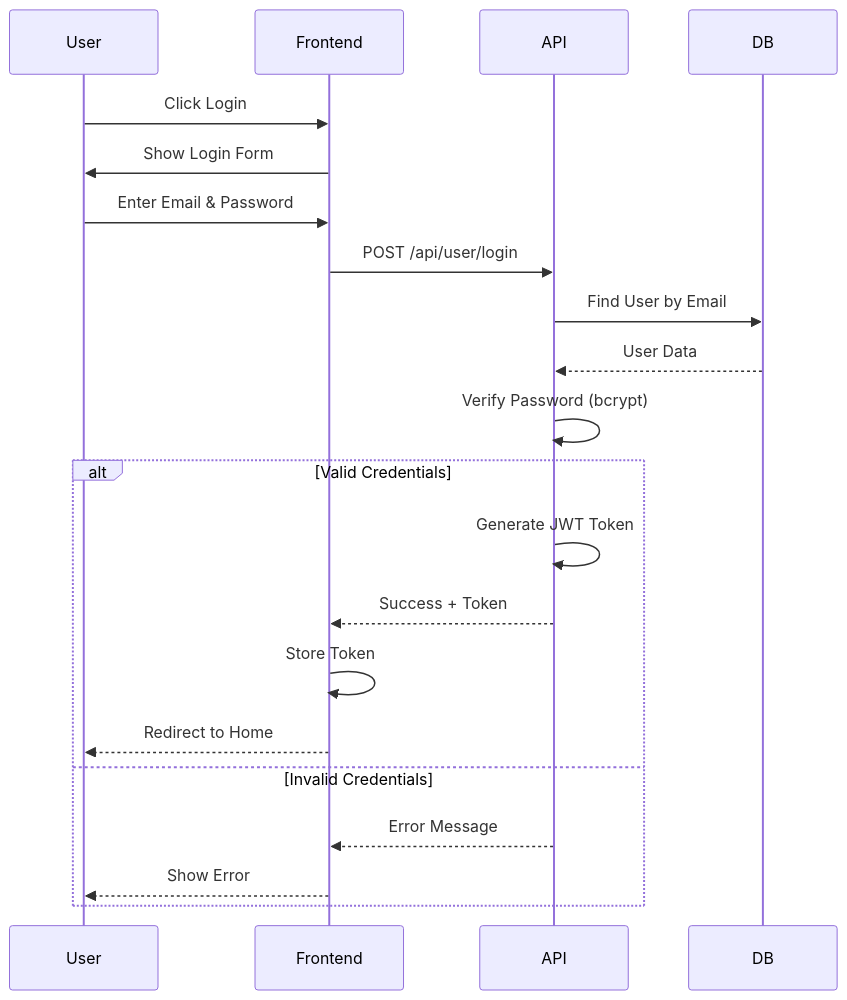
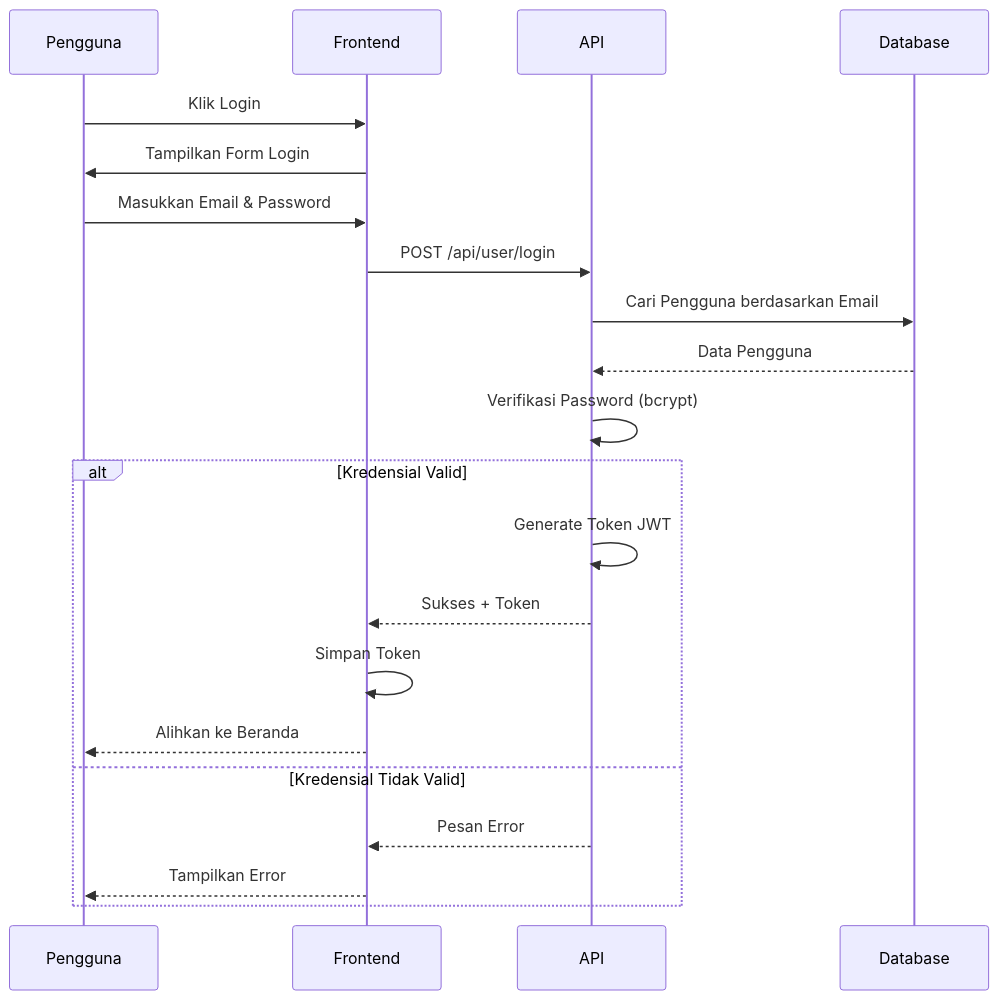
One commit to Grinti123/gerai-ayra-fullstack changed the first of 6 diagrams in sequence-diagram.md. Above: the diagram before and after it, drawn with Mermaid. The commit also changed other lines of this file, not shown here.

Commit message:
update sequence

````diff
--- a/sequence-diagram.md
+++ b/sequence-diagram.md
@@ -4,24 +4,24 @@
 ```mermaid
 sequenceDiagram
-    participant User
+    participant User as Pengguna
     participant Frontend
     participant API
-    participant DB
+    participant DB as Database
 
-    User->>Frontend: Click Login
-    Frontend->>User: Show Login Form
-    User->>Frontend: Enter Email & Password
+    User->>Frontend: Klik Login
+    Frontend->>User: Tampilkan Form Login
+    User->>Frontend: Masukkan Email & Password
     Frontend->>API: POST /api/user/login
-    API->>DB: Find User by Email
-    DB-->>API: User Data
-    API->>API: Verify Password (bcrypt)
-    alt Valid Credentials
-        API->>API: Generate JWT Token
-        API-->>Frontend: Success + Token
-        Frontend->>Frontend: Store Token
-        Frontend-->>User: Redirect to Home
-    else Invalid Credentials
-        API-->>Frontend: Error Message
-        Frontend-->>User: Show Error
+    API->>DB: Cari Pengguna berdasarkan Email
+    DB-->>API: Data Pengguna
+    API->>API: Verifikasi Password (bcrypt)
+    alt Kredensial Valid
+        API->>API: Generate Token JWT
+        API-->>Frontend: Sukses + Token
+        Frontend->>Frontend: Simpan Token
+        Frontend-->>User: Alihkan ke Beranda
+    else Kredensial Tidak Valid
+        API-->>Frontend: Pesan Error
+        Frontend-->>User: Tampilkan Error
     end
 ```
````
